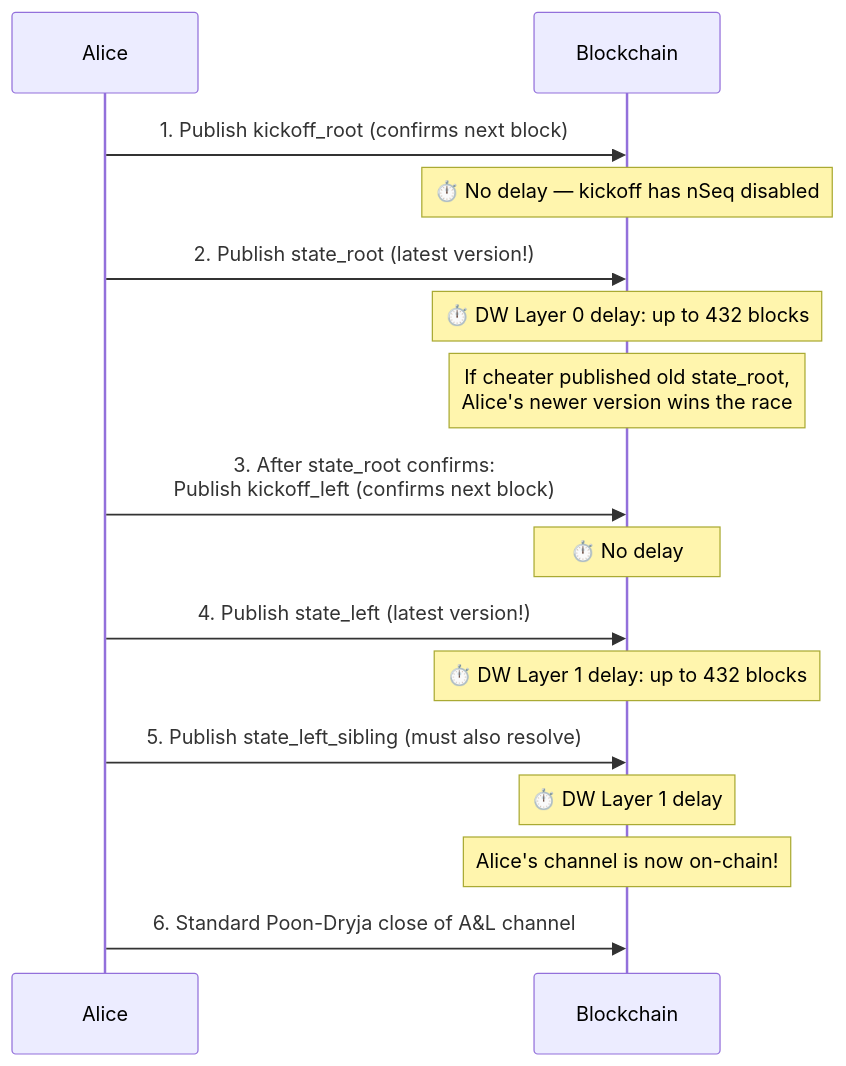
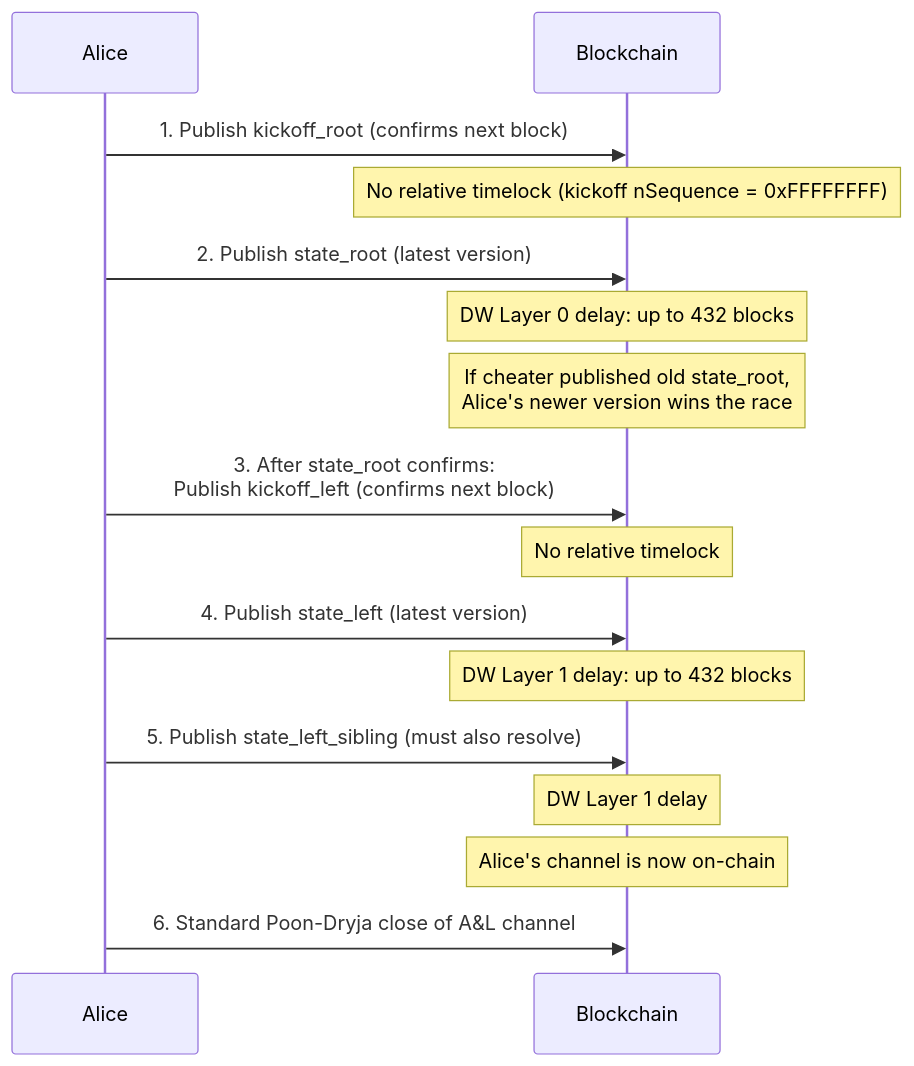
Before and after one commit to 8144225309/superscalar-docs: the first of 3 diagrams in how-it-works/force-close.md, drawn with Mermaid. The commit also changed other lines of this file and 31 other files, not shown here.

````diff
--- a/how-it-works/force-close.md
+++ b/how-it-works/force-close.md
@@ -21,26 +21,26 @@
 ```mermaid
 sequenceDiagram
     participant A as Alice
     participant Chain as Blockchain
 
     A->>Chain: 1. Publish kickoff_root (confirms next block)
-    Note over Chain: ⏱️ No delay — kickoff has nSeq disabled
+    Note over Chain: No relative timelock (kickoff nSequence = 0xFFFFFFFF)
 
-    A->>Chain: 2. Publish state_root (latest version!)
-    Note over Chain: ⏱️ DW Layer 0 delay: up to 432 blocks
+    A->>Chain: 2. Publish state_root (latest version)
+    Note over Chain: DW Layer 0 delay: up to 432 blocks
 
     Note over Chain: If cheater published old state_root,<br/>Alice's newer version wins the race
 
     A->>Chain: 3. After state_root confirms:<br/>Publish kickoff_left (confirms next block)
-    Note over Chain: ⏱️ No delay
+    Note over Chain: No relative timelock
 
-    A->>Chain: 4. Publish state_left (latest version!)
-    Note over Chain: ⏱️ DW Layer 1 delay: up to 432 blocks
+    A->>Chain: 4. Publish state_left (latest version)
+    Note over Chain: DW Layer 1 delay: up to 432 blocks
 
     A->>Chain: 5. Publish state_left_sibling (must also resolve)
-    Note over Chain: ⏱️ DW Layer 1 delay
+    Note over Chain: DW Layer 1 delay
 
-    Note over Chain: Alice's channel is now on-chain!
+    Note over Chain: Alice's channel is now on-chain
 
     A->>Chain: 6. Standard Poon-Dryja close of A&L channel
 ```
````
